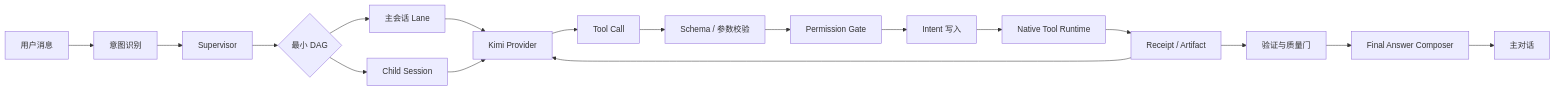
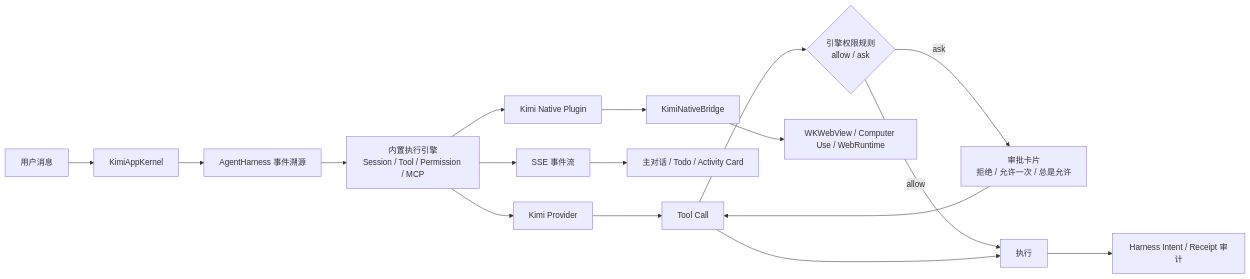
Before and after one commit to shidesheng0218/kimi-code-agent: the first of 2 diagrams in README.md, drawn with Mermaid. The commit also changed other lines of this file and 24 other files, not shown here.

First line of the commit message:
feat(app): reconnect engine-native interaction layer to Claude Code parity

````diff
--- a/README.md
+++ b/README.md
@@ -58,20 +58,19 @@
 ```mermaid
 flowchart LR
-    U[用户消息] --> I[意图识别]
-    I --> S[Supervisor]
-    S --> G{最小 DAG}
-    G --> M[主会话 Lane]
-    G --> C[Child Session]
-    M --> P[Kimi Provider]
-    C --> P
+    U[用户消息] --> K[KimiAppKernel]
+    K --> H[AgentHarness 事件溯源]
+    H --> E[内置执行引擎<br/>Session / Tool / Permission / MCP]
+    E --> P[Kimi Provider]
     P --> T[Tool Call]
-    T --> V[Schema / 参数校验]
-    V --> A[Permission Gate]
-    A --> N[Intent 写入]
-    N --> E[Native Tool Runtime]
-    E --> R[Receipt / Artifact]
-    R --> P
-    R --> Q[验证与质量门]
-    Q --> F[Final Answer Composer]
-    F --> O[主对话]
+    T --> A{引擎权限规则<br/>allow / ask}
+    A -->|ask| C[审批卡片<br/>拒绝 / 允许一次 / 总是允许]
+    C --> T
+    A -->|allow| X[执行]
+    T --> X
+    X --> R[Harness Intent / Receipt 审计]
+    E --> S[SSE 事件流]
+    S --> O[主对话 / Todo / Activity Card]
+    E --> NP[Kimi Native Plugin]
+    NP --> B[KimiNativeBridge]
+    B --> MAC[WKWebView / Computer Use / WebRuntime]
 ```
````
